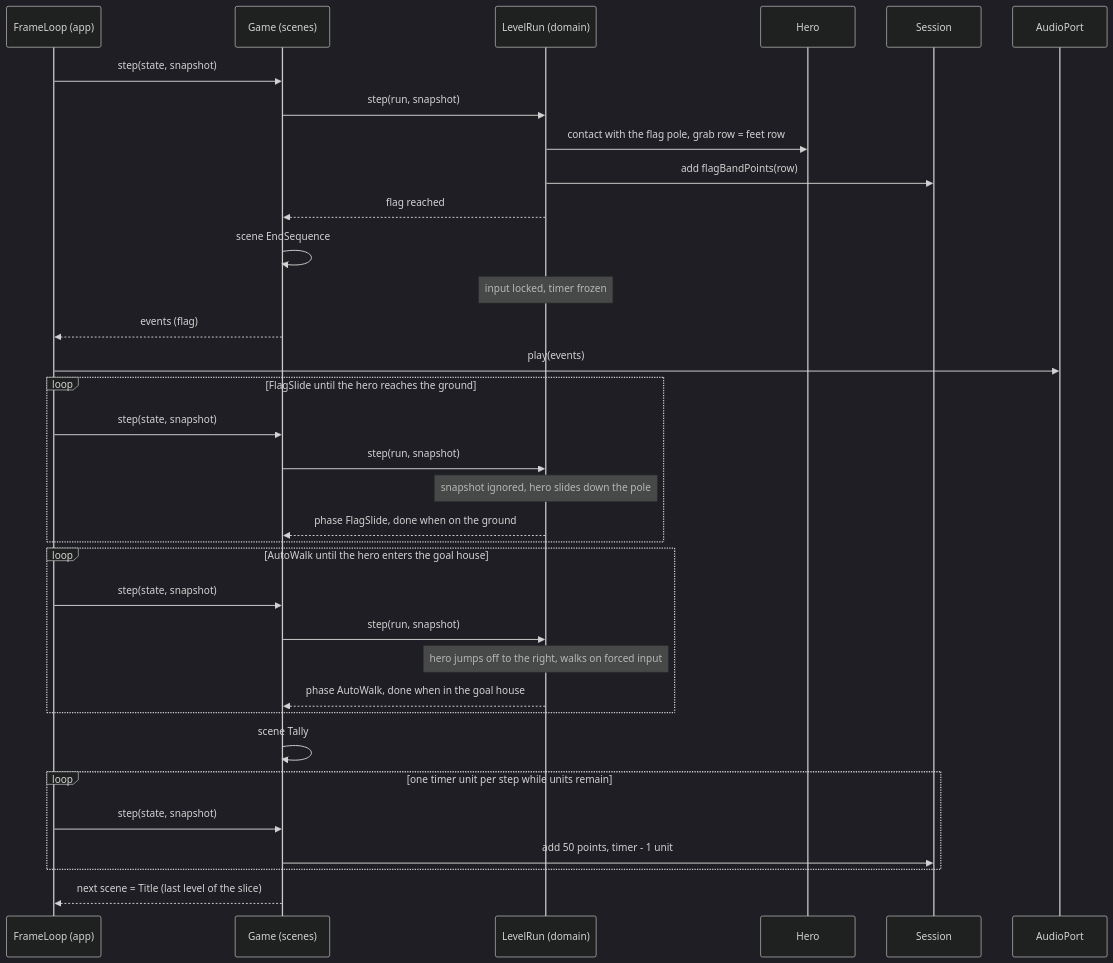
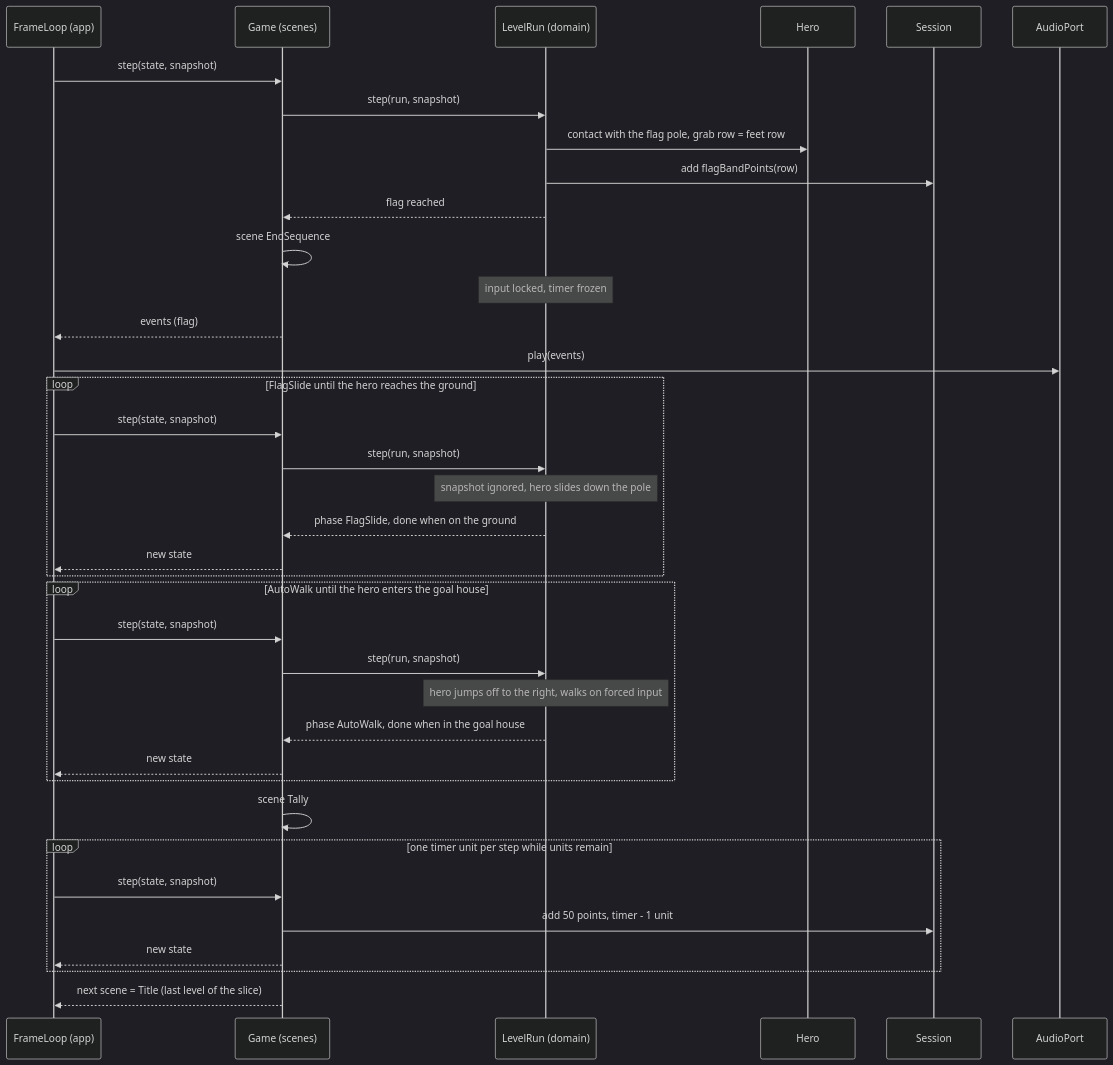
Before and after one commit to benoit-bremaud/retro-plumber: the diagram in docs/architecture/diagrams/gameplay/12-sequence-flag-tally.md, drawn with Mermaid (dark theme). The commit also changed 3 other files, not shown here.

Commit message:
docs(uml): address tenth Codex review on sequences 11-14 (#7)

````diff
--- a/docs/architecture/diagrams/gameplay/12-sequence-flag-tally.md
+++ b/docs/architecture/diagrams/gameplay/12-sequence-flag-tally.md
@@ -15,36 +15,39 @@
 ```mermaid
 sequenceDiagram
     participant FL as FrameLoop (app)
     participant G as Game (scenes)
     participant LR as LevelRun (domain)
     participant H as Hero
     participant Sess as Session
     participant Snd as AudioPort
     FL->>G: step(state, snapshot)
     G->>LR: step(run, snapshot)
     LR->>H: contact with the flag pole, grab row = feet row
     LR->>Sess: add flagBandPoints(row)
     LR-->>G: flag reached
     G->>G: scene EndSequence
     Note over LR: input locked, timer frozen
     G-->>FL: events (flag)
     FL->>Snd: play(events)
     loop FlagSlide until the hero reaches the ground
         FL->>G: step(state, snapshot)
         G->>LR: step(run, snapshot)
         Note over LR: snapshot ignored, hero slides down the pole
         LR-->>G: phase FlagSlide, done when on the ground
+        G-->>FL: new state
     end
     loop AutoWalk until the hero enters the goal house
         FL->>G: step(state, snapshot)
         G->>LR: step(run, snapshot)
         Note over LR: hero jumps off to the right, walks on forced input
         LR-->>G: phase AutoWalk, done when in the goal house
+        G-->>FL: new state
     end
     G->>G: scene Tally
     loop one timer unit per step while units remain
         FL->>G: step(state, snapshot)
         G->>Sess: add 50 points, timer - 1 unit
+        G-->>FL: new state
     end
     G-->>FL: next scene = Title (last level of the slice)
 ```
````
